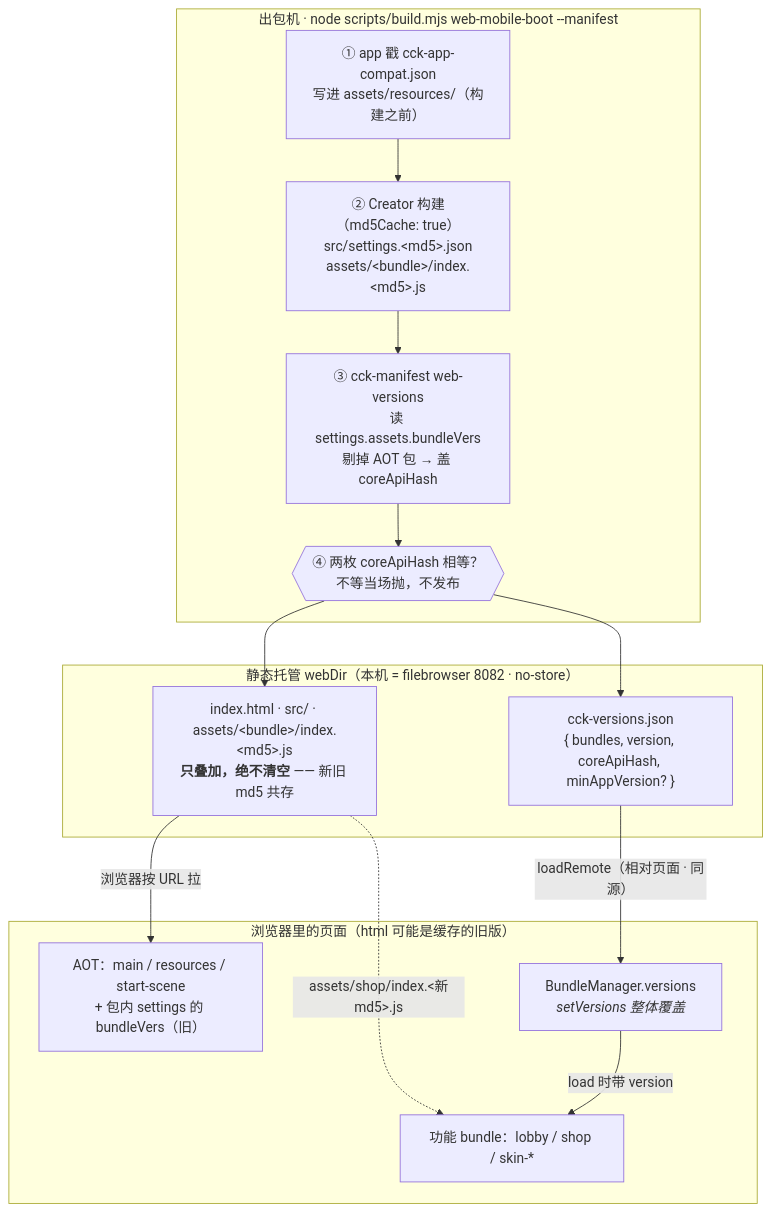
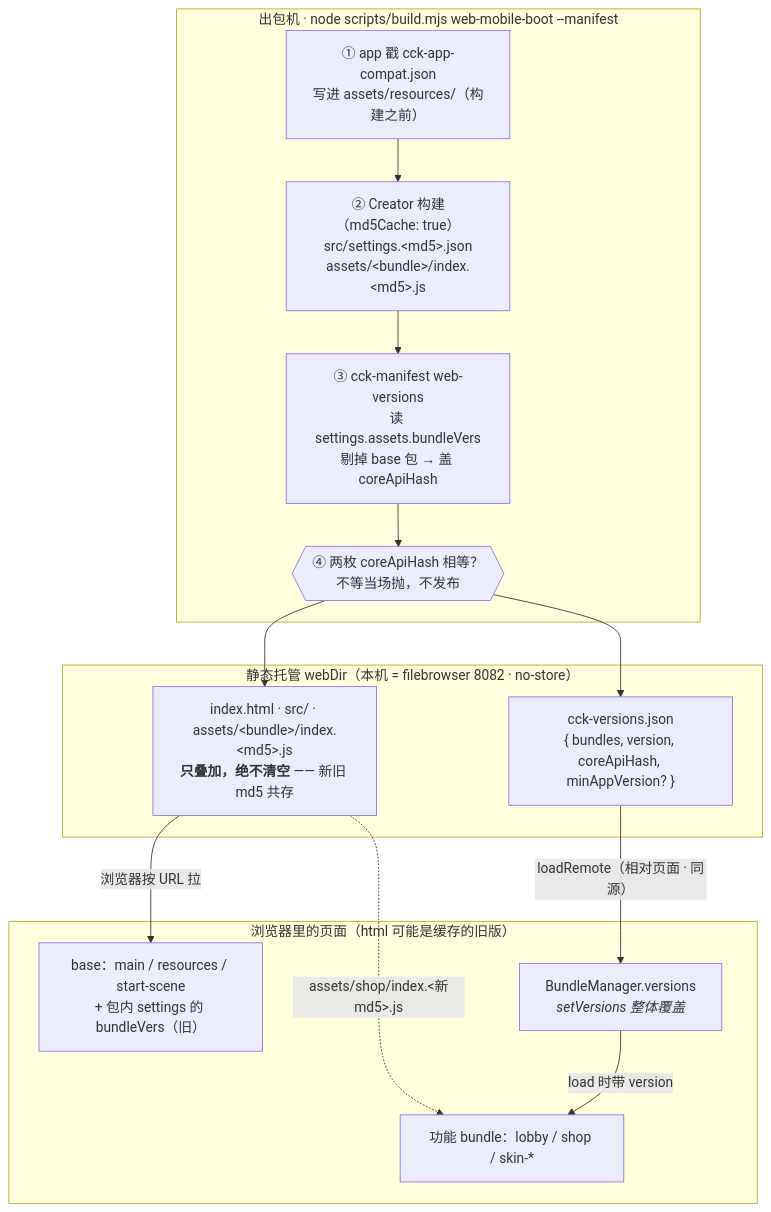
Before and after one commit to bearluo/creator-core-kit: the fifth of 7 diagrams in apps/demo/docs/hotupdate-pipeline.md, drawn with Mermaid. The commit also changed other lines of this file and 105 other files, not shown here.

First line of the commit message:
refactor(editor,kit): 鱼阵编辑器搬去 HTML；AOT 术语统一成 base

````diff
--- a/apps/demo/docs/hotupdate-pipeline.md
+++ b/apps/demo/docs/hotupdate-pipeline.md
@@ -408,28 +408,28 @@
 ```mermaid
 flowchart TB
   subgraph build["出包机 · node scripts/build.mjs web-mobile-boot --manifest"]
     A2["① app 戳 cck-app-compat.json<br/>写进 assets/resources/（构建之前）"]
     A1["② Creator 构建（md5Cache: true）<br/>src/settings.&lt;md5&gt;.json<br/>assets/&lt;bundle&gt;/index.&lt;md5&gt;.js"]
-    A3["③ cck-manifest web-versions<br/>读 settings.assets.bundleVers<br/>剔掉 AOT 包 → 盖 coreApiHash"]
+    A3["③ cck-manifest web-versions<br/>读 settings.assets.bundleVers<br/>剔掉 base 包 → 盖 coreApiHash"]
     A4{{"④ 两枚 coreApiHash 相等？<br/>不等当场抛，不发布"}}
     A2 --> A1 --> A3 --> A4
   end
 
   subgraph host["静态托管 webDir（本机 = filebrowser 8082 · no-store）"]
     H1["index.html · src/ · assets/&lt;bundle&gt;/index.&lt;md5&gt;.js<br/><b>只叠加，绝不清空</b> —— 新旧 md5 共存"]
     H2["cck-versions.json<br/>{ bundles, version, coreApiHash, minAppVersion? }"]
   end
 
   subgraph page["浏览器里的页面（html 可能是缓存的旧版）"]
-    P1["AOT：main / resources / start-scene<br/>+ 包内 settings 的 bundleVers（旧）"]
+    P1["base：main / resources / start-scene<br/>+ 包内 settings 的 bundleVers（旧）"]
     P2["BundleManager.versions<br/><i>setVersions 整体覆盖</i>"]
     P3["功能 bundle：lobby / shop / skin-*"]
   end
 
   A4 --> H1
   A4 --> H2
   H1 -->|"浏览器按 URL 拉"| P1
   H2 -->|"loadRemote（相对页面 · 同源）"| P2
   P2 -->|"load 时带 version"| P3
   H1 -.->|"assets/shop/index.&lt;新md5&gt;.js"| P3
 ```
````
